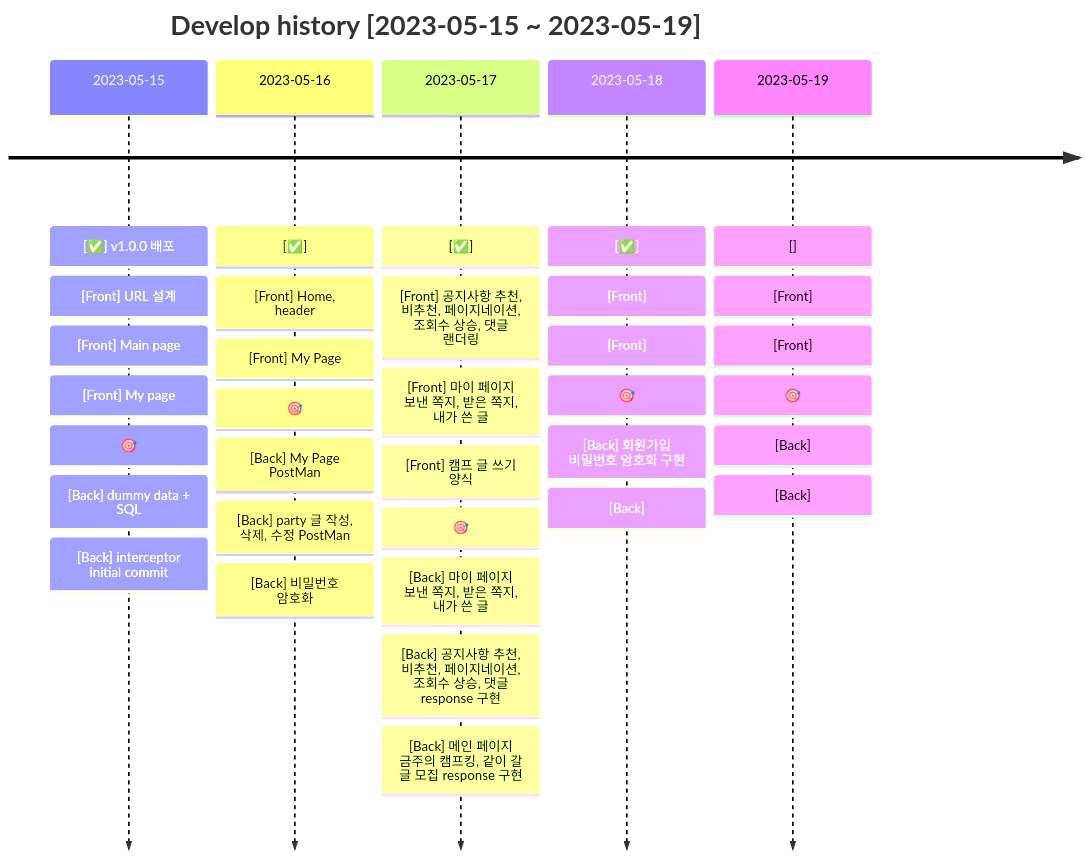
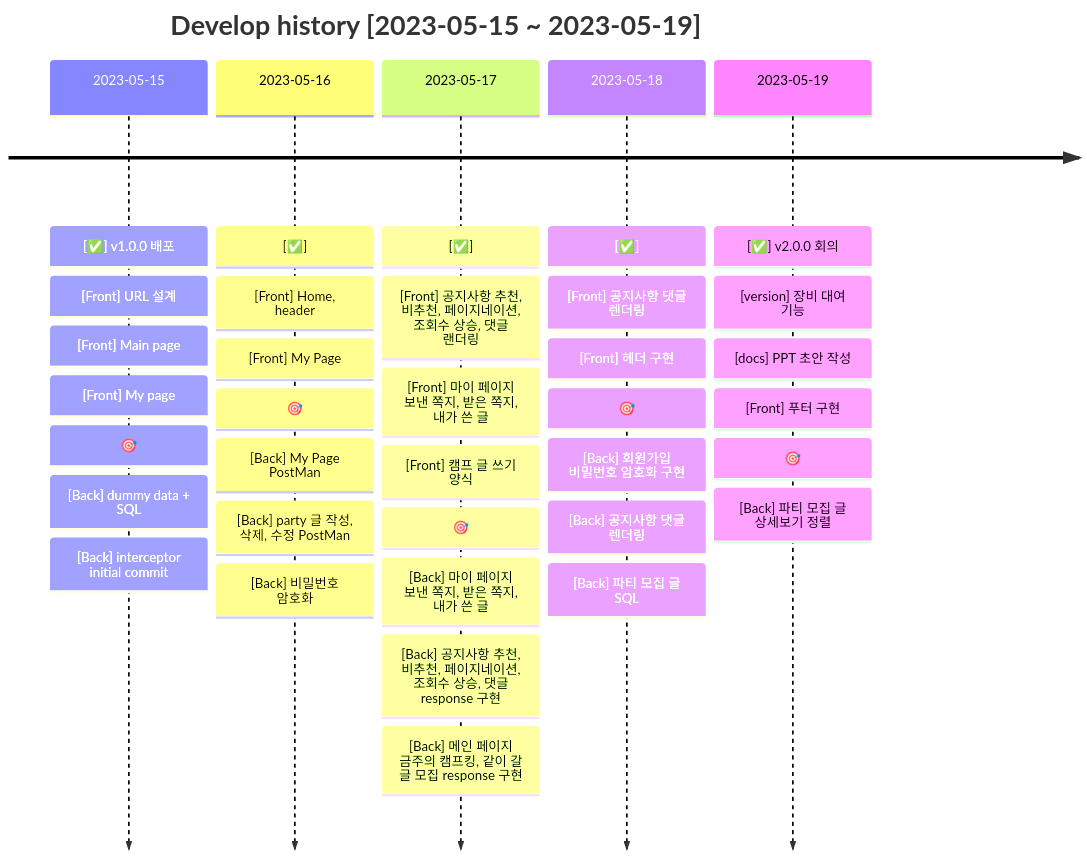
One commit to Choongang-Third-Project/jeju-campking changed the second of 11 diagrams in docs/README.md. Above: the diagram before and after it, drawn with Mermaid. The commit also changed other lines of this file, not shown here.

````diff
--- a/docs/README.md
+++ b/docs/README.md
@@ -66,38 +112,39 @@
 ```mermaid
 timeline
     title Develop history [2023-05-15 ~ 2023-05-19]
     2023-05-15: [✅] v1.0.0 배포
             : [Front] URL 설계
             : [Front] Main page
             : [Front] My page
             : 🎯
             : [Back] dummy data + SQL
             : [Back] interceptor initial commit
     2023-05-16: [✅]
             : [Front] Home, header
             : [Front] My Page
             : 🎯
             : [Back] My Page PostMan
             : [Back] party 글 작성, 삭제, 수정 PostMan
             : [Back] 비밀번호 암호화
     2023-05-17: [✅]
             : [Front] 공지사항 추천, 비추천, 페이지네이션, 조회수 상승, 댓글 랜더링
             : [Front] 마이 페이지 보낸 쪽지, 받은 쪽지, 내가 쓴 글
             : [Front] 캠프 글 쓰기 양식
             : 🎯
             : [Back] 마이 페이지 보낸 쪽지, 받은 쪽지, 내가 쓴 글
             : [Back] 공지사항 추천, 비추천, 페이지네이션, 조회수 상승, 댓글 response 구현
             : [Back] 메인 페이지 금주의 캠프킹, 같이 갈 글 모집 response 구현
     2023-05-18: [✅]
-            : [Front] 
-            : [Front]
+            : [Front] 공지사항 댓글 렌더링
+            : [Front] 헤더 구현
             : 🎯
             : [Back] 회원가입 비밀번호 암호화 구현
-            : [Back]
-    2023-05-19: []
-            : [Front]
-            : [Front]
+            : [Back] 공지사항 댓글 렌더링
+            : [Back] 파티 모집 글 SQL
+    2023-05-19: [✅] v2.0.0 회의
+            : [version] 장비 대여 기능
+            : [docs] PPT 초안 작성
+            : [Front] 푸터 구현
             : 🎯
-            : [Back]
-            : [Back] 
+            : [Back] 파티 모집 글 상세보기 정렬
 ```
````
